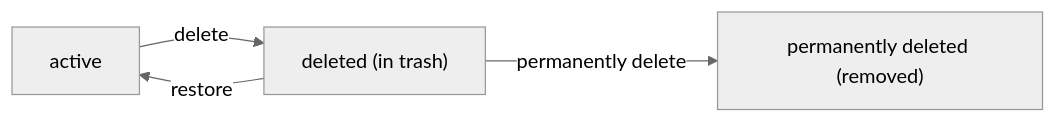
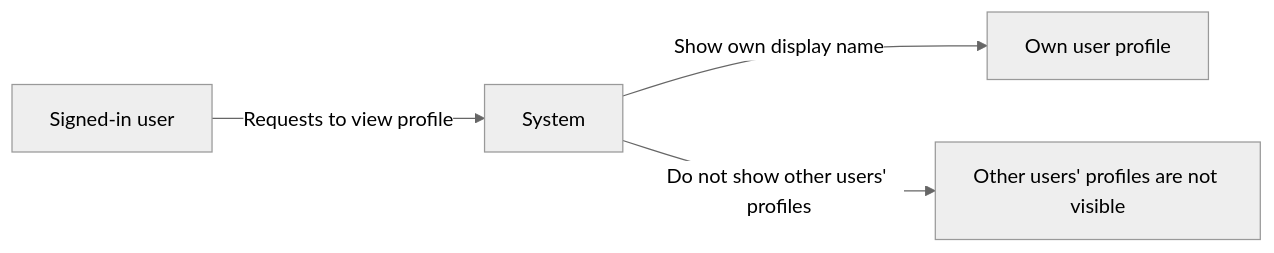
The first of 4 diagrams in openai/gpt-5.4-nano/todo/docs/analysis/02-domain-model.md (wrtnlabs/autobe-examples), drawn with Mermaid (neutral theme) before and after one commit. The commit also changed other lines of this file and 457 other files, not shown here.

````diff
--- a/openai/gpt-5.4-nano/todo/docs/analysis/02-domain-model.md
+++ b/openai/gpt-5.4-nano/todo/docs/analysis/02-domain-model.md
@@ -336,6 +111,6 @@
 ```mermaid
 flowchart LR
-    A["active"] -->|"delete"| B["deleted (in trash)"]
-    B -->|"restore"| A
-    B -->|"permanently delete"| C["permanently deleted (removed)"]
+    U1["Signed-in user"] -->|"Requests to view profile"| S["System"]
+    S -->|"Show own display name"| P1["Own user profile"]
+    S -->|"Do not show other users' profiles"| P2["Other users' profiles are not visible"]
 ```
````
